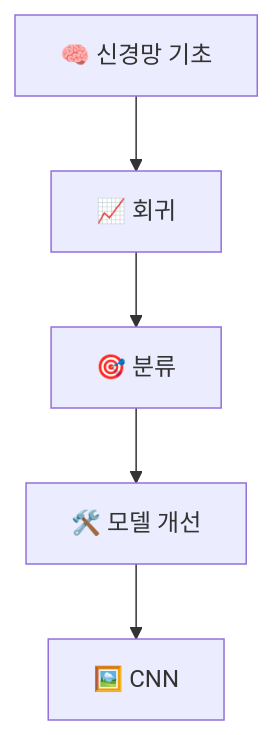
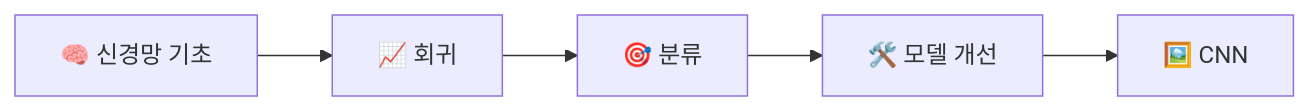
One commit to JangDongyul123/furiosa-tensorflow-keras changed the diagram in README.md. Above: the diagram before and after it, drawn with Mermaid. The commit also changed other lines of this file, not shown here.

````diff
--- a/README.md
+++ b/README.md
@@ -43,7 +46,7 @@
 ```mermaid
-flowchart TB
+flowchart LR
     A["🧠 신경망 기초"] --> B["📈 회귀"]
     B --> C["🎯 분류"]
     C --> D["🛠️ 모델 개선"]
     D --> E["🖼️ CNN"]
 ```
````
